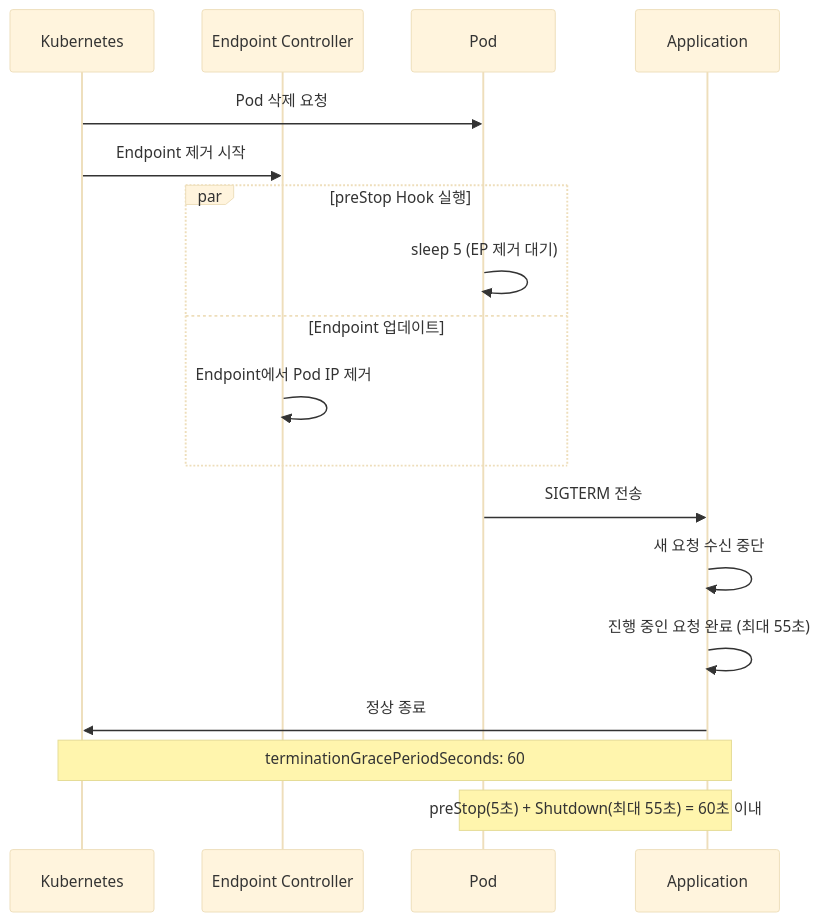
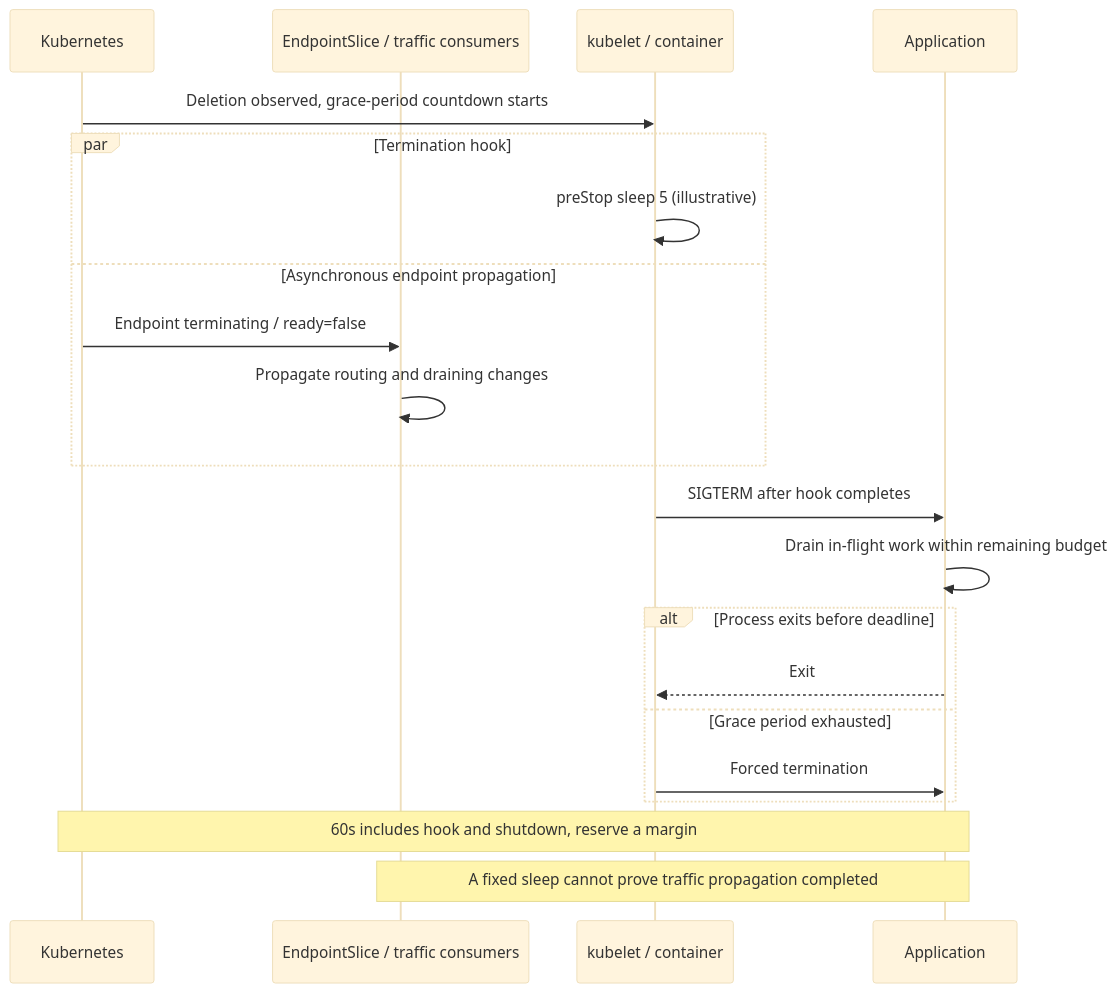
One commit to devfloor9/engineering-playbook changed the sixth of 7 diagrams in docs/eks-best-practices/operations-reliability/eks-resiliency-guide.md. Above: the diagram before and after it, drawn with Mermaid (base theme). The commit also changed other lines of this file and 1 other file, not shown here.

````diff
--- a/docs/eks-best-practices/operations-reliability/eks-resiliency-guide.md
+++ b/docs/eks-best-practices/operations-reliability/eks-resiliency-guide.md
@@ -897,24 +894,23 @@
 ```mermaid
 sequenceDiagram
     participant K8s as Kubernetes
-    participant EP as Endpoint Controller
-    participant Pod as Pod
+    participant EP as EndpointSlice / traffic consumers
+    participant Pod as kubelet / container
     participant App as Application
-
-    K8s->>Pod: Pod 삭제 요청
-    K8s->>EP: Endpoint 제거 시작
-
-    par preStop Hook 실행
-        Pod->>Pod: sleep 5 (EP 제거 대기)
-    and Endpoint 업데이트
-        EP->>EP: Endpoint에서 Pod IP 제거
+    K8s->>Pod: Deletion observed, grace-period countdown starts
+    par Termination hook
+        Pod->>Pod: preStop sleep 5 (illustrative)
+    and Asynchronous endpoint propagation
+        K8s->>EP: Endpoint terminating / ready=false
+        EP->>EP: Propagate routing and draining changes
     end
-
-    Pod->>App: SIGTERM 전송
-    App->>App: 새 요청 수신 중단
-    App->>App: 진행 중인 요청 완료 (최대 55초)
-    App->>K8s: 정상 종료
-
-    Note over K8s,App: terminationGracePeriodSeconds: 60
-    Note over Pod,App: preStop(5초) + Shutdown(최대 55초) = 60초 이내
+    Pod->>App: SIGTERM after hook completes
+    App->>App: Drain in-flight work within remaining budget
+    alt Process exits before deadline
+        App-->>Pod: Exit
+    else Grace period exhausted
+        Pod->>App: Forced termination
+    end
+    Note over K8s,App: 60s includes hook and shutdown, reserve a margin
+    Note over EP,App: A fixed sleep cannot prove traffic propagation completed
 ```
````
